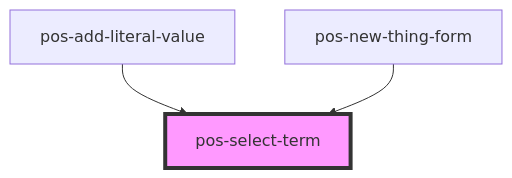
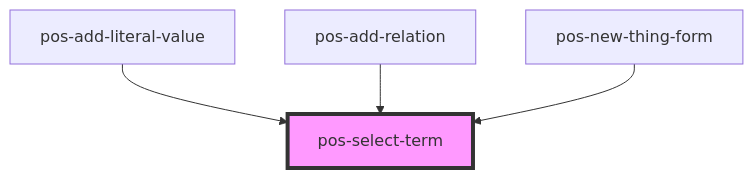
Before and after one commit to pod-os/PodOS: the diagram in docs/elements/components/pos-select-term/readme.md, drawn with Mermaid. The commit also changed other lines of this file and 6 other files, not shown here.

Commit message:
feat(pos-relations): allow adding a new relation via pos-add-relation

````diff
--- a/docs/elements/components/pos-select-term/readme.md
+++ b/docs/elements/components/pos-select-term/readme.md
@@ -40,6 +41,7 @@
 ```mermaid
 graph TD;
   pos-add-literal-value --> pos-select-term
+  pos-add-relation --> pos-select-term
   pos-new-thing-form --> pos-select-term
   style pos-select-term fill:#f9f,stroke:#333,stroke-width:4px
 ```
````
